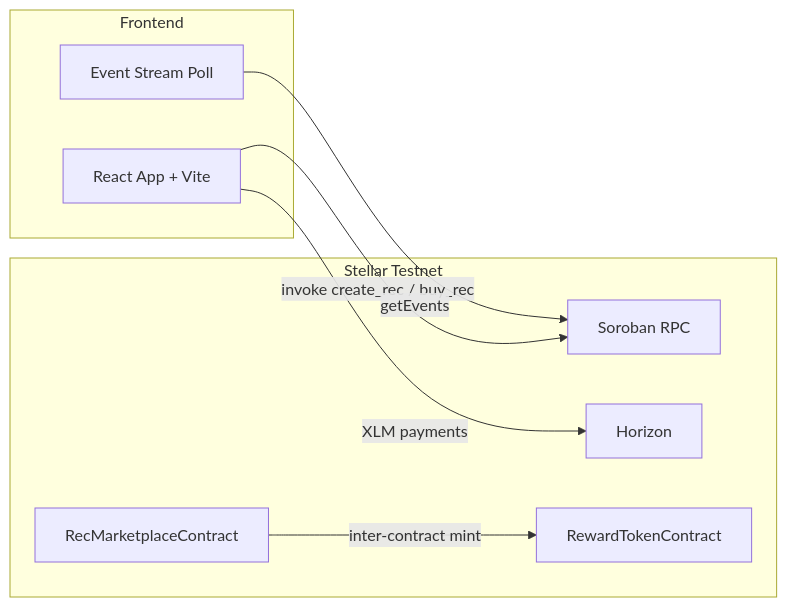
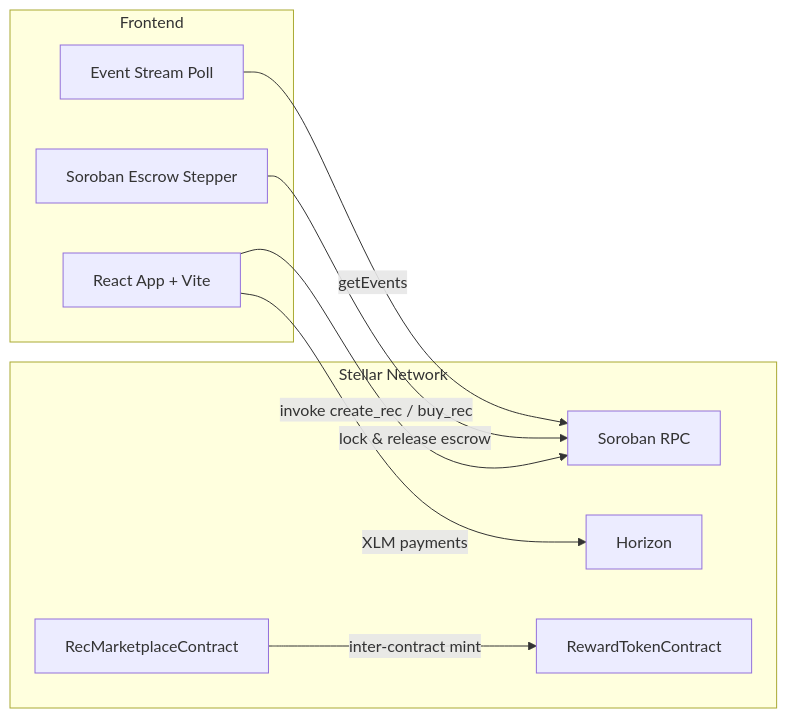
The diagram in README.md (sachinnit25/Renewable-Energy-Credit-Marketplace), drawn with Mermaid before and after one commit. The commit also changed other lines of this file, not shown here.

Commit message:
docs: finalize Level 6 and Black Belt submission checklist, Google Form link, user feedback export CSV, and roadmap with git commit links

````diff
--- a/README.md
+++ b/README.md
@@ -151,17 +82,19 @@
 ```mermaid
 flowchart LR
   subgraph Frontend
     UI[React App + Vite]
+    Escrow[Soroban Escrow Stepper]
     Events[Event Stream Poll]
   end
-  subgraph Stellar Testnet
+  subgraph Stellar Network
     RPC[Soroban RPC]
     HZ[Horizon]
     MP[RecMarketplaceContract]
     RT[RewardTokenContract]
   end
   UI -->|invoke create_rec / buy_rec| RPC
   UI -->|XLM payments| HZ
+  Escrow -->|lock & release escrow| RPC
   Events -->|getEvents| RPC
   MP -->|inter-contract mint| RT
 ```
````
